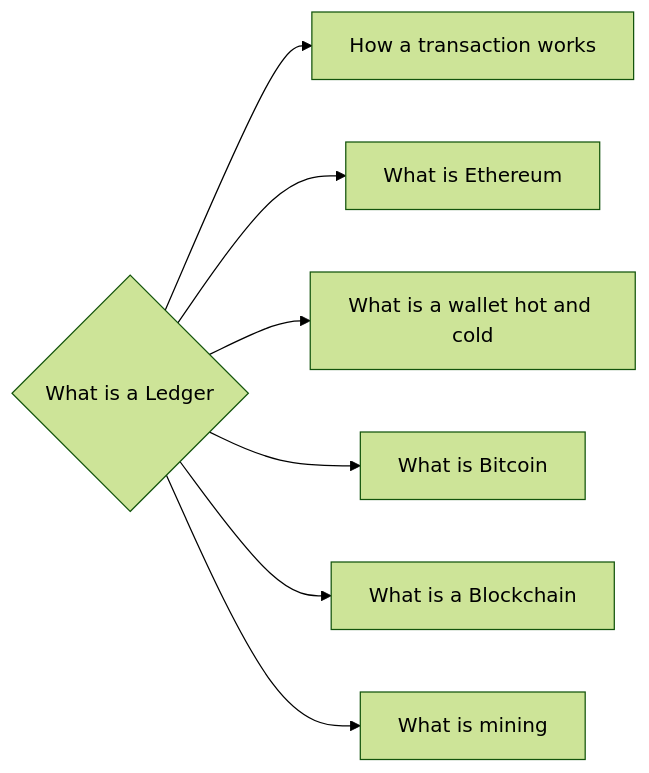
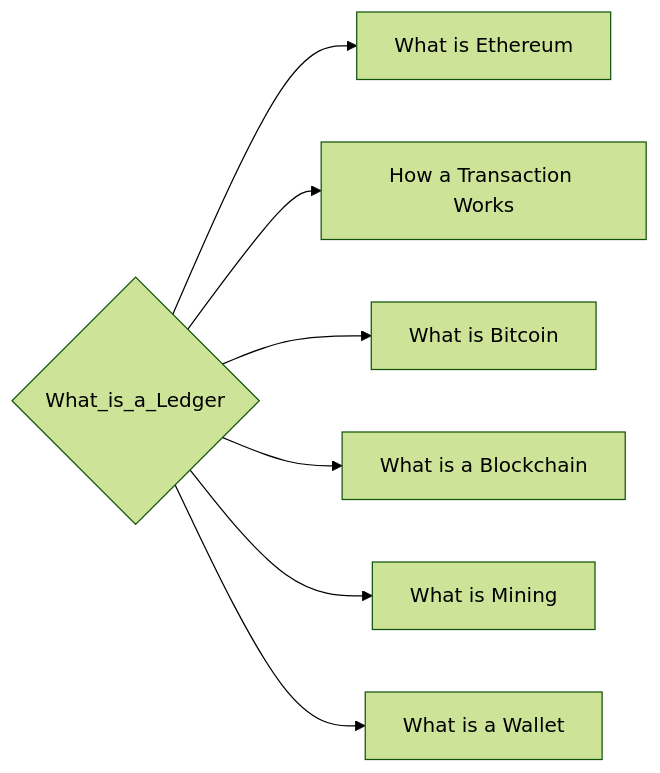
The diagram in notes/What_is_a_Ledger.md (lpurdy01/crypto-knowledge-map), drawn with Mermaid (forest theme) before and after one commit. The commit also changed 161 other files, not shown here.

````diff
--- a/notes/What_is_a_Ledger.md
+++ b/notes/What_is_a_Ledger.md
@@ -6,9 +6,9 @@
 ```mermaid
 graph LR
-0{"What is a Ledger"}-->1["How a transaction works"]
-0{"What is a Ledger"}-->2["What is Ethereum"]
-0{"What is a Ledger"}-->3["What is a wallet hot and cold"]
-0{"What is a Ledger"}-->4["What is Bitcoin"]
-0{"What is a Ledger"}-->5["What is a Blockchain"]
-0{"What is a Ledger"}-->6["What is mining"]
+0{"What_is_a_Ledger"}-->1["What is Ethereum"]
+0{"What_is_a_Ledger"}-->2["How a Transaction Works"]
+0{"What_is_a_Ledger"}-->3["What is Bitcoin"]
+0{"What_is_a_Ledger"}-->4["What is a Blockchain"]
+0{"What_is_a_Ledger"}-->5["What is Mining"]
+0{"What_is_a_Ledger"}-->6["What is a Wallet"]
 ```
````
